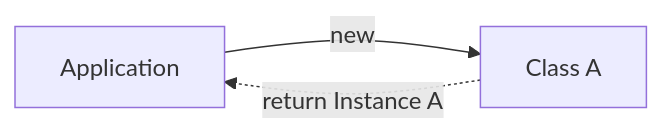
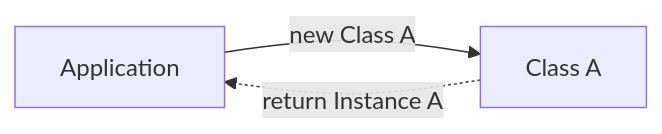
One commit to csupreme19/csupreme19.github.io changed the first of 7 diagrams in _posts/2021-12-03-spring-framework.md. Above: the diagram before and after it, drawn with Mermaid. The commit also changed other lines of this file and 30 other files, not shown here.

```diff
--- a/_posts/2021-12-03-spring-framework.md
+++ b/_posts/2021-12-03-spring-framework.md
@@ -187,7 +187,7 @@
 <div class="mermaid">
   flowchart LR
     A[Application]
     B[Class A]
-    A--new-->B
+    A--new Class A-->B
     B-.return Instance A.->A
 </div>
```
